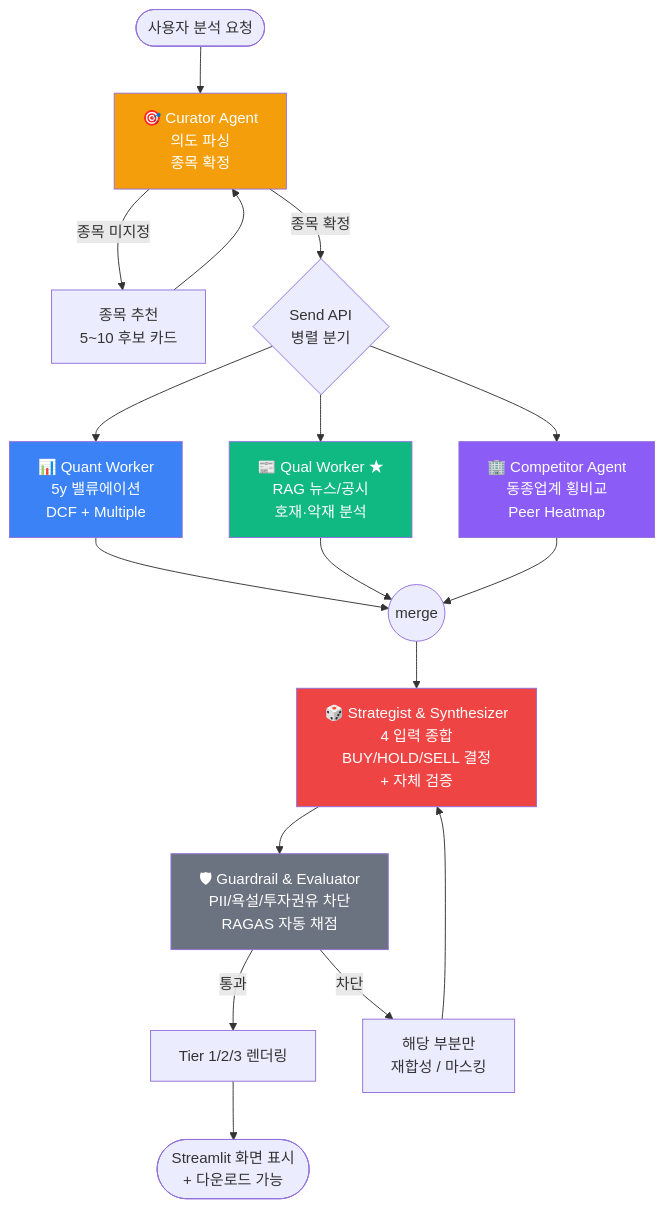
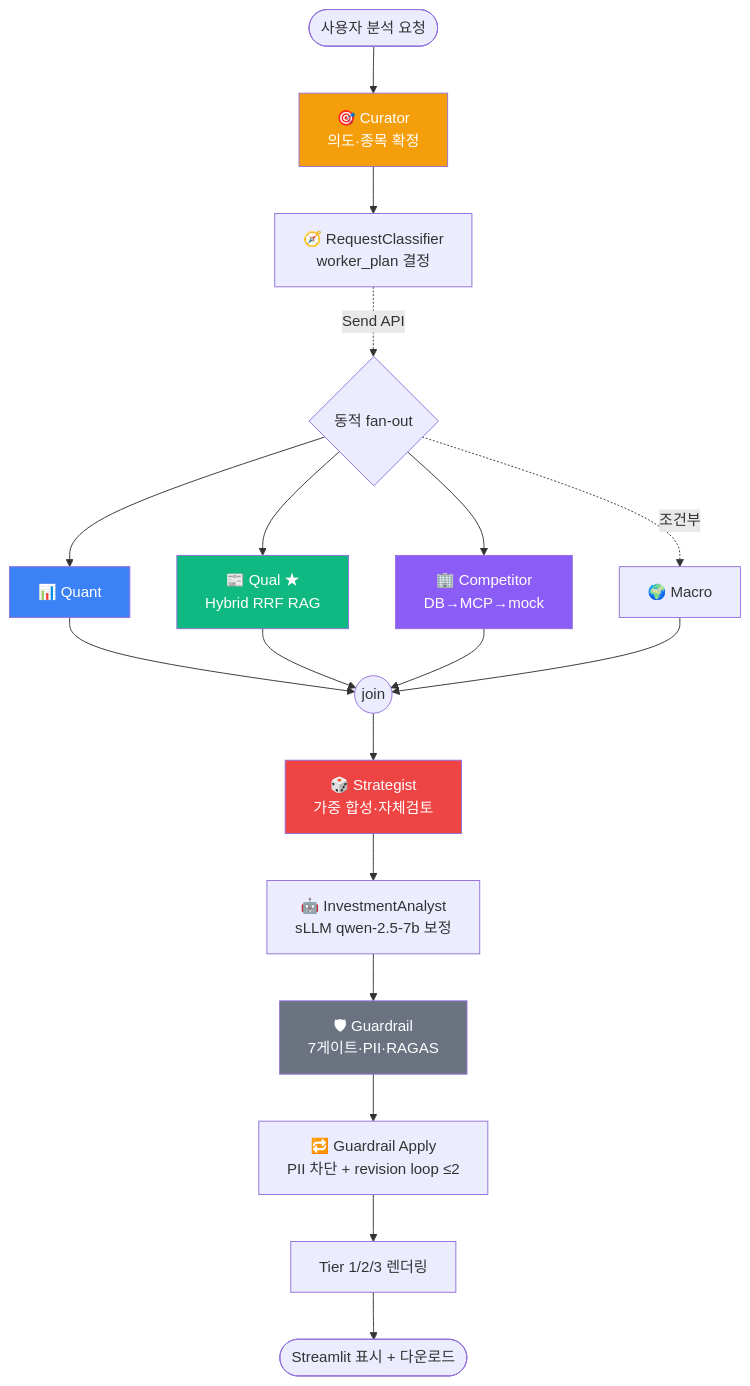
The second of 6 diagrams in docs/architecture/system_flow.md (mygithub05253/stock-agent), drawn with Mermaid before and after one commit. The commit also changed other lines of this file and 8 other files, not shown here.

First line of the commit message:
📝 Docs: Phase 1 드리프트 정합 — 6에이전트→11노드 + ERD 코드 우선 정정

````diff
--- a/docs/architecture/system_flow.md
+++ b/docs/architecture/system_flow.md
@@ -102,33 +105,30 @@
 ```mermaid
 flowchart TD
-    START([사용자 분석 요청]) --> CURATOR[🎯 Curator Agent<br/>의도 파싱<br/>종목 확정]
+    START([사용자 분석 요청]) --> CUR[🎯 Curator<br/>의도·종목 확정]
+    CUR --> CLS[🧭 RequestClassifier<br/>worker_plan 결정]
+    CLS -. "Send API" .-> FAN{동적 fan-out}
 
-    CURATOR -->|종목 미지정| RECOMMEND[종목 추천<br/>5~10 후보 카드]
-    RECOMMEND --> CURATOR
-    CURATOR -->|종목 확정| FANOUT{Send API<br/>병렬 분기}
+    FAN --> QNT[📊 Quant]
+    FAN --> QAL[📰 Qual ★<br/>Hybrid RRF RAG]
+    FAN --> CMP[🏢 Competitor<br/>DB→MCP→mock]
+    FAN -. "조건부" .-> MAC[🌍 Macro]
 
-    FANOUT --> QUANT[📊 Quant Worker<br/>5y 밸류에이션<br/>DCF + Multiple]
-    FANOUT --> QUAL[📰 Qual Worker ★<br/>RAG 뉴스/공시<br/>호재·악재 분석]
-    FANOUT --> COMP[🏢 Competitor Agent<br/>동종업계 횡비교<br/>Peer Heatmap]
+    QNT --> STR((join))
+    QAL --> STR
+    CMP --> STR
+    MAC --> STR
 
-    QUANT --> JOIN((merge))
-    QUAL --> JOIN
-    COMP --> JOIN
+    STR --> SYN[🎲 Strategist<br/>가중 합성·자체검토]
+    SYN --> INV[🤖 InvestmentAnalyst<br/>sLLM qwen-2.5-7b 보정]
+    INV --> GRD[🛡 Guardrail<br/>7게이트·PII·RAGAS]
+    GRD --> GAP[🔁 Guardrail Apply<br/>PII 차단 + revision loop ≤2]
+    GAP --> RND[Tier 1/2/3 렌더링]
+    RND --> ENDX([Streamlit 표시 + 다운로드])
 
-    JOIN --> STRAT[🎲 Strategist & Synthesizer<br/>4 입력 종합<br/>BUY/HOLD/SELL 결정<br/>+ 자체 검증]
-
-    STRAT --> GUARD[🛡 Guardrail & Evaluator<br/>PII/욕설/투자권유 차단<br/>RAGAS 자동 채점]
-
-    GUARD -->|통과| RENDER[Tier 1/2/3 렌더링]
-    GUARD -->|차단| RETRY[해당 부분만<br/>재합성 / 마스킹]
-    RETRY --> STRAT
-
-    RENDER --> END([Streamlit 화면 표시<br/>+ 다운로드 가능])
-
-    style QUAL fill:#10b981,color:#fff
-    style STRAT fill:#ef4444,color:#fff
-    style GUARD fill:#6b7280,color:#fff
-    style CURATOR fill:#f59e0b,color:#fff
-    style QUANT fill:#3b82f6,color:#fff
-    style COMP fill:#8b5cf6,color:#fff
+    style QAL fill:#10b981,color:#fff
+    style SYN fill:#ef4444,color:#fff
+    style GRD fill:#6b7280,color:#fff
+    style CUR fill:#f59e0b,color:#fff
+    style QNT fill:#3b82f6,color:#fff
+    style CMP fill:#8b5cf6,color:#fff
 ```
````
